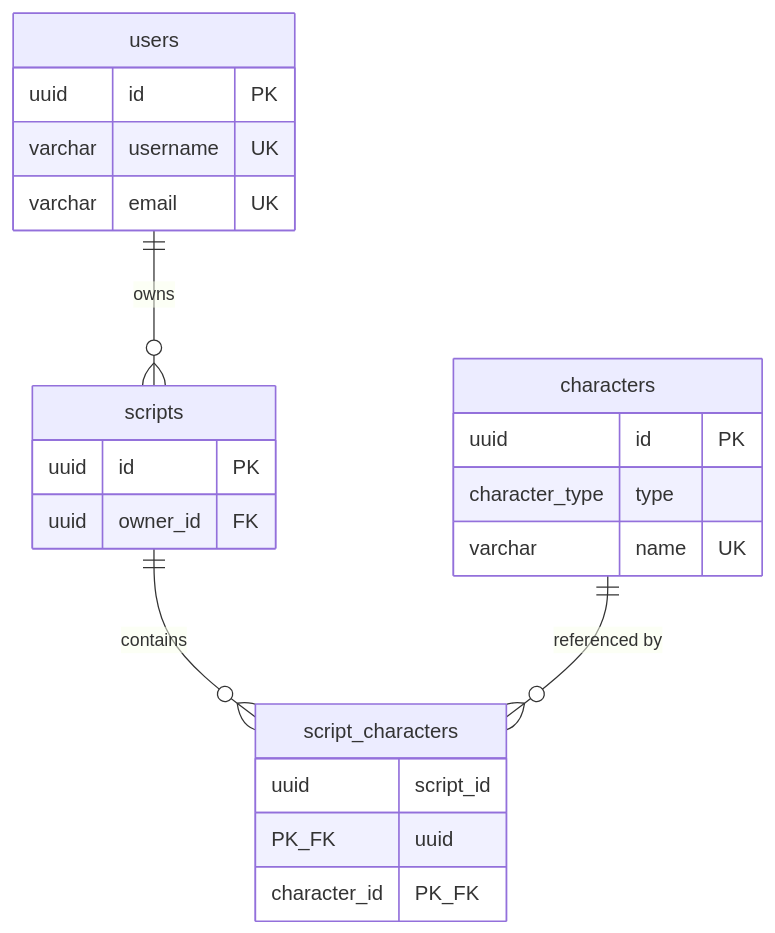
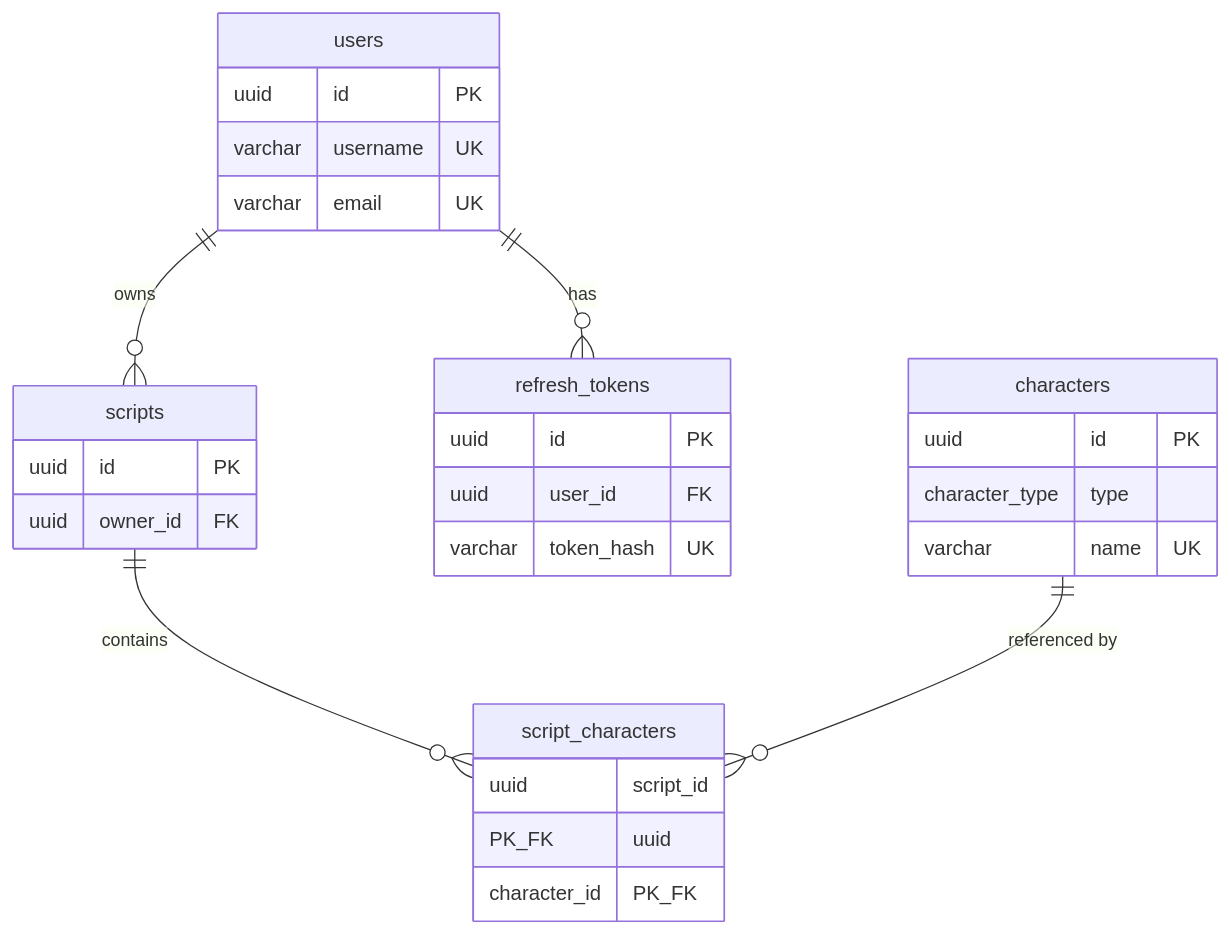
One commit to bwmobilelabs/botc-node changed the diagram in schema.md. Above: the diagram before and after it, drawn with Mermaid. The commit also changed other lines of this file, not shown here.

Commit message:
update schema doc

````diff
--- a/schema.md
+++ b/schema.md
@@ -89,24 +103,30 @@
 ```mermaid
 erDiagram
     users ||--o{ scripts : owns
+    users ||--o{ refresh_tokens : has
     scripts ||--o{ script_characters : contains
     characters ||--o{ script_characters : "referenced by"
     users {
         uuid id PK
         varchar username UK
         varchar email UK
     }
     characters {
         uuid id PK
         character_type type
         varchar name UK
     }
     scripts {
         uuid id PK
         uuid owner_id FK
     }
     script_characters {
         uuid script_id PK_FK
         uuid character_id PK_FK
     }
+    refresh_tokens {
+        uuid id PK
+        uuid user_id FK
+        varchar token_hash UK
+    }
 ```
````
